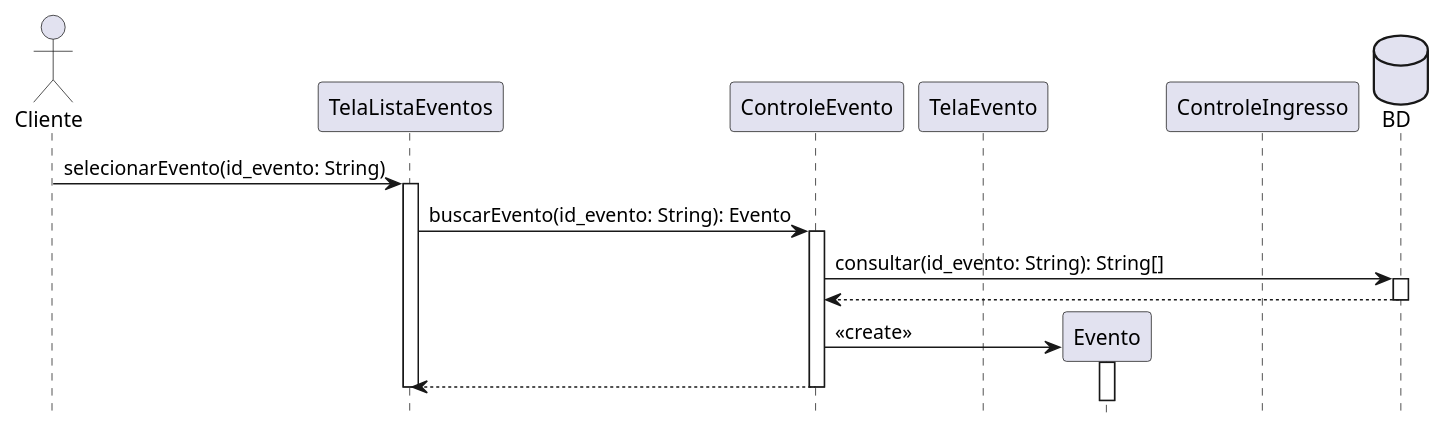
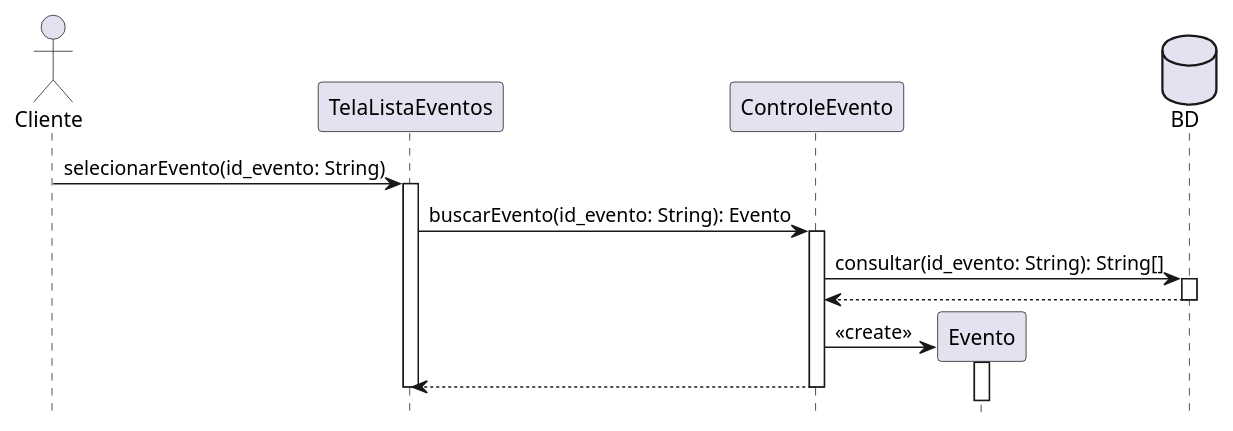
Before and after one commit to FerdinandChagas/uml_examples: the diagram in ingressos/diagrama_sequencia01.iuml, drawn with PlantUML. The commit also changed 27 other files, not shown here.

```diff
--- a/ingressos/diagrama_sequencia01.iuml
+++ b/ingressos/diagrama_sequencia01.iuml
@@ -1,30 +1,29 @@
 @startuml "Selecionar Evento"
 hide footbox
 actor Cliente as cliente_ator
 participant TelaListaEventos as tela_lista_eventos
 participant ControleEvento as controle_evento
-participant TelaEvento as tela_evento
 participant Evento as evento
-participant ControleIngresso as controle_ingresso
+
 
 database BD as bd
 cliente_ator -> tela_lista_eventos: selecionarEvento(id_evento: String)
 activate tela_lista_eventos
 
 tela_lista_eventos -> controle_evento: buscarEvento(id_evento: String): Evento
 activate controle_evento
 
 controle_evento -> bd: consultar(id_evento: String): String[]
 activate bd
 
 bd --> controle_evento
 deactivate bd
 
 controle_evento -> evento**: <<create>>
 activate evento
 
 controle_evento --> tela_lista_eventos
 deactivate controle_evento
 deactivate tela_lista_eventos
 
 @enduml
```
